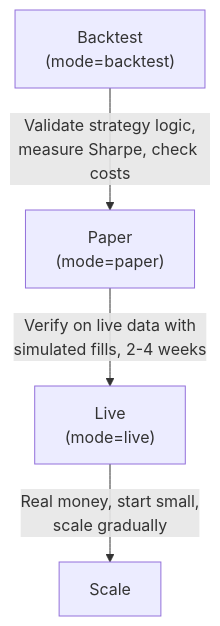
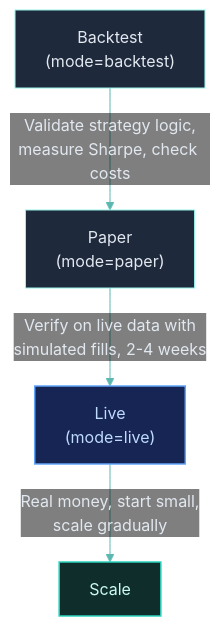
The diagram in tutorials/backtest-to-live.mdx (Clypt/docs), drawn with Mermaid before and after one commit. The commit also changed 73 other files, not shown here.

````diff
--- a/tutorials/backtest-to-live.mdx
+++ b/tutorials/backtest-to-live.mdx
@@ -10,7 +10,14 @@
 ```mermaid
+%%{init: {'theme': 'base', 'themeVariables': { 'primaryColor': '#1e293b', 'primaryTextColor': '#e2e8f0', 'primaryBorderColor': '#94F1E8', 'lineColor': '#5bb8b0', 'clusterBkg': '#0f172a', 'clusterBorder': '#1e3a3a', 'titleColor': '#94F1E8', 'edgeLabelBackground': 'transparent' }}}%%
 flowchart TB
+    classDef action fill:#172554,stroke:#60a5fa,stroke-width:1.5px,color:#bfdbfe
+    classDef success fill:#0f2d2b,stroke:#2dd4bf,stroke-width:1.5px,color:#ccfbf1
+
     BT["Backtest<br>(mode=backtest)"]
     BT -- "Validate strategy logic,<br>measure Sharpe, check costs" --> PP["Paper<br>(mode=paper)"]
     PP -- "Verify on live data with<br>simulated fills, 2-4 weeks" --> LV["Live<br>(mode=live)"]
     LV -- "Real money, start small,<br>scale gradually" --> SC["Scale"]
+
+    class LV action
+    class SC success
 ```
````
